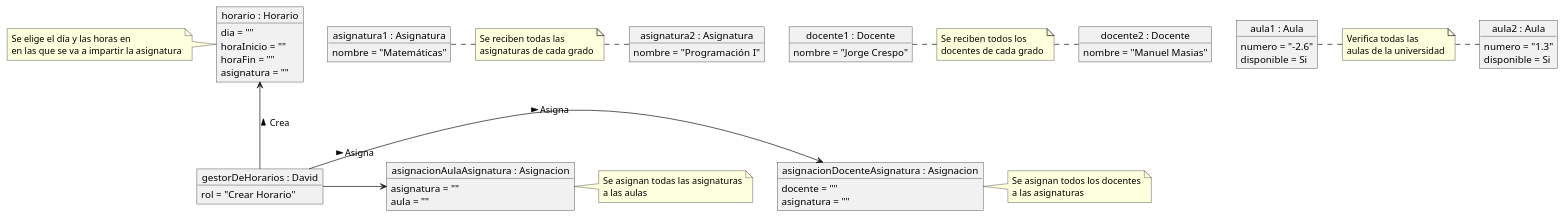
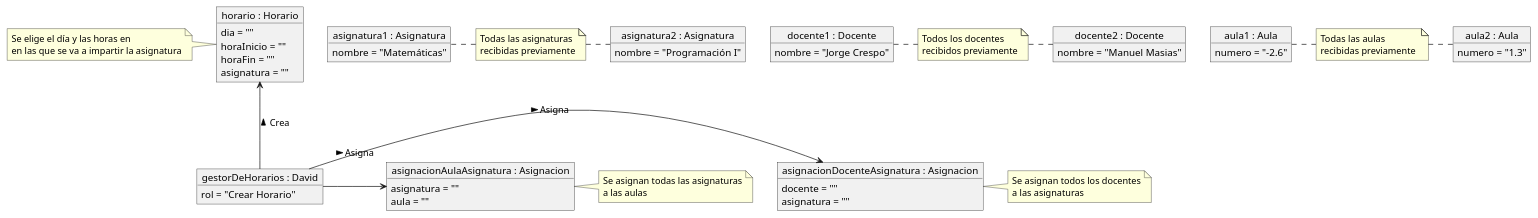
One commit to mmasias/23-24-IdSw1-SDR changed the diagram in modelosUML/Fraccionados/Diagrama de objetos sin completar.puml. Above: the diagram before and after it, drawn with PlantUML. The commit also changed 3 other files, not shown here.

Commit message:
cambiando diagrama sin completar objetos

```diff
--- a/modelosUML/Fraccionados/Diagrama de objetos sin completar.puml
+++ b/modelosUML/Fraccionados/Diagrama de objetos sin completar.puml
@@ -1,72 +1,68 @@
 @startuml
-
 object "gestorDeHorarios : David" as gestorDeHorarios {
     rol = "Crear Horario"
 }
 
 object "asignatura1 : Asignatura" as asignatura1 {
     nombre = "Matemáticas"
 }
 object "asignatura2 : Asignatura" as asignatura2 {
     nombre = "Programación I"
 }
 
 object "docente1 : Docente" as docente1 {
     nombre = "Jorge Crespo"
 }
 object "docente2 : Docente" as docente2 {
     nombre = "Manuel Masias"
 }
 
 object "aula1 : Aula" as aula1 {
     numero = "-2.6"
-    disponible = Si
 }
 object "aula2 : Aula" as aula2 {
     numero = "1.3"
-    disponible = Si
 }
 
 object "asignacionDocenteAsignatura : Asignacion" as asignacionDocenteAsignatura {
     docente = ""
     asignatura = ""
 }
 gestorDeHorarios -r-> asignacionDocenteAsignatura : "Asigna >\n\n"
 
 object "asignacionAulaAsignatura : Asignacion" as asignacionAulaAsignatura {
     asignatura = ""
     aula = ""
 }
 gestorDeHorarios -r-> asignacionAulaAsignatura : "Asigna >\n\n"
 
 object "horario : Horario" as horario {
     dia = ""
     horaInicio = ""
     horaFin = ""
     asignatura = ""
 }
 
-note "Se reciben todas las \nasignaturas de cada grado" as nota1
+note "Todas las asignaturas\nrecibidas previamente" as nota1
 asignatura1 .r. nota1
 nota1 .r. asignatura2
 
-note "Se reciben todos los\ndocentes de cada grado" as nota2
+note "Todos los docentes\nrecibidos previamente" as nota2
 docente1 .r. nota2
 nota2 .r. docente2
 
-note "Verifica todas las\naulas de la universidad" as nota3
+note "Todas las aulas\nrecibidas previamente " as nota3
 aula1 .r. nota3
 nota3 .r. aula2
 
 note "Se asignan todas las asignaturas\na las aulas" as nota4
 asignacionAulaAsignatura .r. nota4
 
 note "Se asignan todos los docentes\na las asignaturas" as nota5
 asignacionDocenteAsignatura .r. nota5
 
 note "Se elige el día y las horas en \nen las que se va a impartir la asignatura" as note6
 note6 .r. horario
 
 gestorDeHorarios -u-> horario : "Crea >"
-
 @enduml
```
